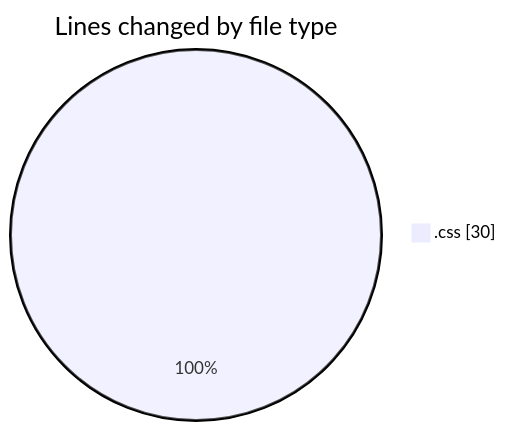
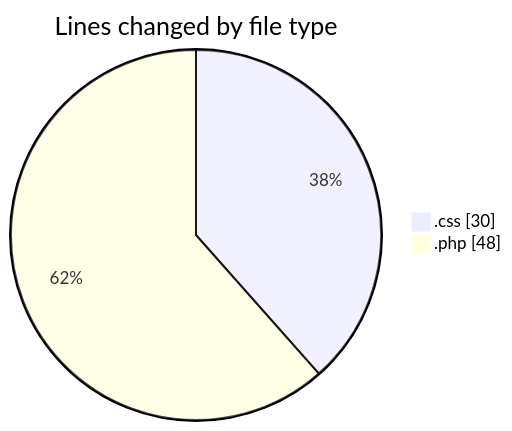
The first of 2 diagrams in 2026-07-02/wp-content/README.md (debugP/code-tracking), drawn with Mermaid before and after one commit. The commit also changed other lines of this file and 1 other file, not shown here.

````diff
--- a/2026-07-02/wp-content/README.md
+++ b/2026-07-02/wp-content/README.md
@@ -20,5 +21,6 @@
 ```mermaid
 pie showData
 title Lines changed by file type
 ".css" : 30
+".php" : 48
 ```
````
